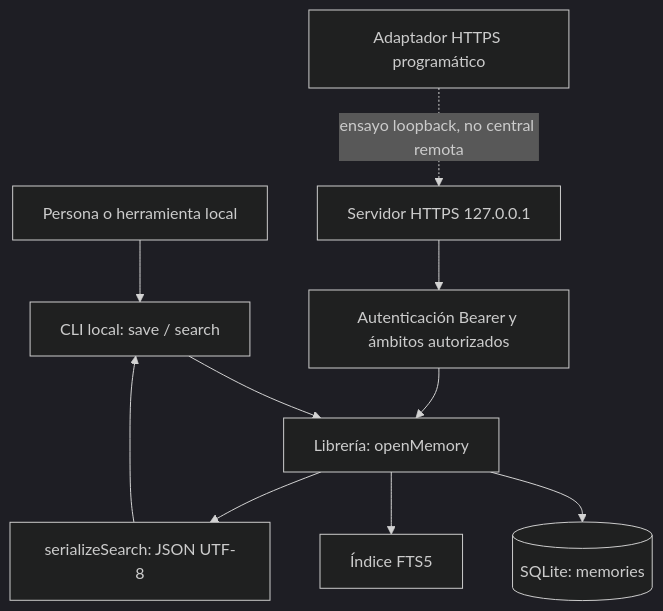
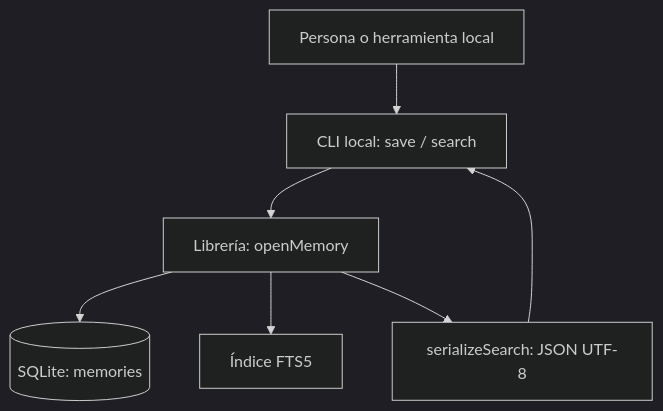
One commit to francolmc/Flucastr.Memory-AI changed the first of 3 diagrams in README.md. Above: the diagram before and after it, drawn with Mermaid (dark theme). The commit also changed other lines of this file and 71 other files, not shown here.

````diff
--- a/README.md
+++ b/README.md
@@ -17,12 +15,9 @@
 ```mermaid
 flowchart TD
   Usuario[Persona o herramienta local] --> CLI[CLI local: save / search]
   CLI --> API[Librería: openMemory]
   API --> DB[(SQLite: memories)]
   API --> FTS[Índice FTS5]
   API --> SER[serializeSearch: JSON UTF-8]
   SER --> CLI
-  Adaptador[Adaptador HTTPS programático] -. ensayo loopback, no central remota .-> HTTPS[Servidor HTTPS 127.0.0.1]
-  HTTPS --> AUT[Autenticación Bearer y ámbitos autorizados]
-  AUT --> API
 ```
````
